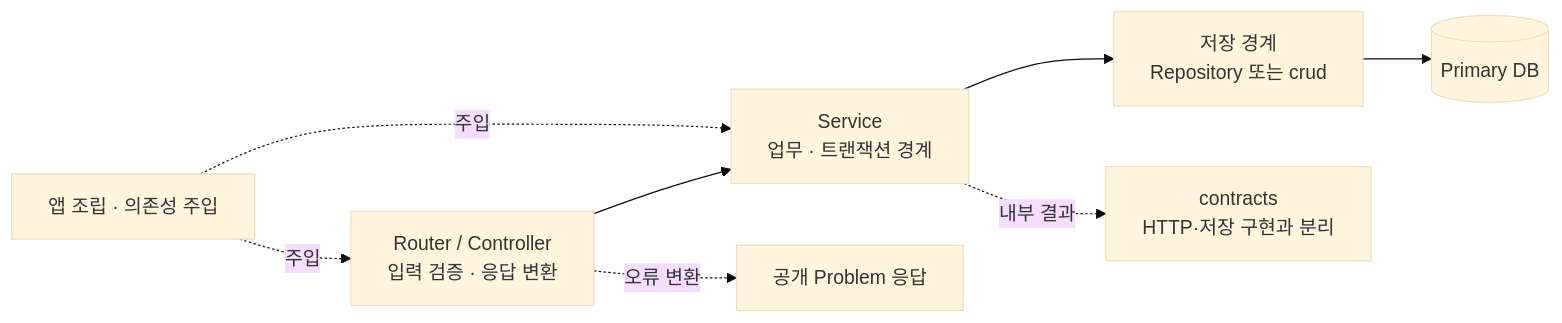
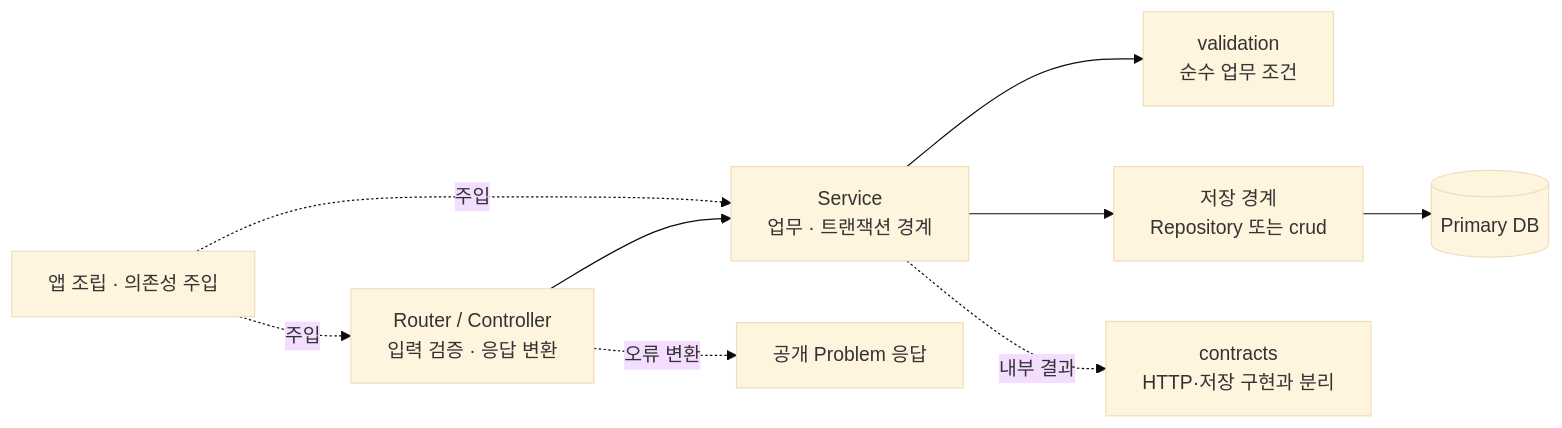
The first of 2 diagrams in README.md (Dae-Jeong/BackendTemplate), drawn with Mermaid (base theme) before and after one commit. The commit also changed other lines of this file and 12 other files, not shown here.

````diff
--- a/README.md
+++ b/README.md
@@ -70,10 +70,11 @@
 ```mermaid
 flowchart LR
     DI["앱 조립 · 의존성 주입"] -. 주입 .-> HTTP["Router / Controller<br/>입력 검증 · 응답 변환"]
     DI -. 주입 .-> SVC["Service<br/>업무 · 트랜잭션 경계"]
     HTTP --> SVC
+    SVC --> VALIDATION["validation<br/>순수 업무 조건"]
     SVC --> STORE["저장 경계<br/>Repository 또는 crud"]
     STORE --> DB[("Primary DB")]
     SVC -. 내부 결과 .-> CONTRACT["contracts<br/>HTTP·저장 구현과 분리"]
     HTTP -. 오류 변환 .-> ERR["공개 Problem 응답"]
 ```
````
